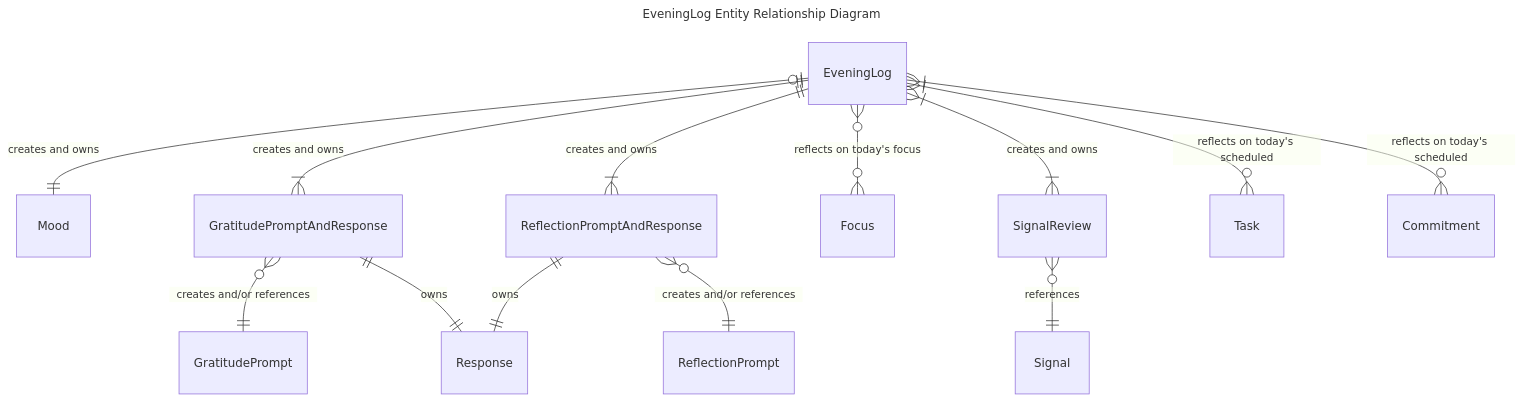
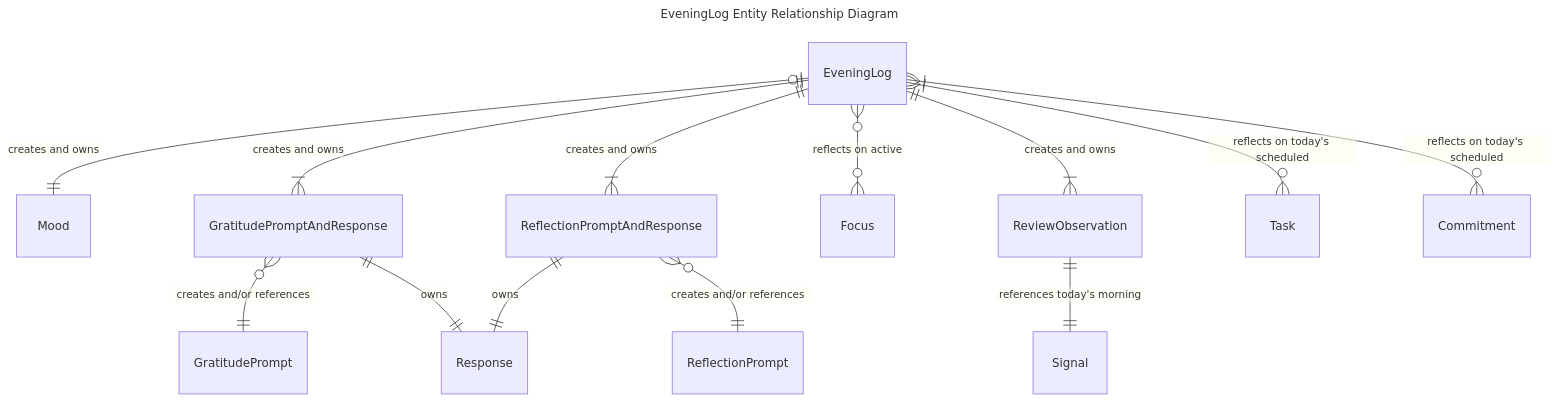
Before and after one commit to osgrouch/olos: the fifth of 9 diagrams in design-docs/02-entity-relationship-diagrams.md, drawn with Mermaid. The commit also changed other lines of this file and 3 other files, not shown here.

Commit message:
Refining ubiq lang and mermaid diagrams

````diff
--- a/design-docs/02-entity-relationship-diagrams.md
+++ b/design-docs/02-entity-relationship-diagrams.md
@@ -92,24 +112,23 @@
 ``` mermaid
 ---
 title: EveningLog Entity Relationship Diagram
 ---
 erDiagram
   direction TB
 
   EveningLog |o--|| Mood : "creates and owns"
   EveningLog ||--|{ GratitudePromptAndResponse : "creates and owns"
   EveningLog ||--|{ ReflectionPromptAndResponse : "creates and owns"
-
-  EveningLog }o--o{ Focus : "reflects on today's focus" 
-  EveningLog }|--|{ SignalReview : "creates and owns"
+  EveningLog }o--o{ Focus : "reflects on active"
+  EveningLog ||--|{ ReviewObservation : "creates and owns"
   EveningLog }|--o{ Task : "reflects on today's scheduled"
   EveningLog }|--o{ Commitment : "reflects on today's scheduled"
+
+  ReviewObservation ||--|| Signal : "references today's morning"
 
   GratitudePromptAndResponse }o--|| GratitudePrompt : "creates and/or references"
   GratitudePromptAndResponse ||--|| Response : "owns"
 
   ReflectionPromptAndResponse }o--|| ReflectionPrompt : "creates and/or references"
   ReflectionPromptAndResponse ||--|| Response : "owns"
-
-  SignalReview }o--|| Signal : "references"
 ```
````
